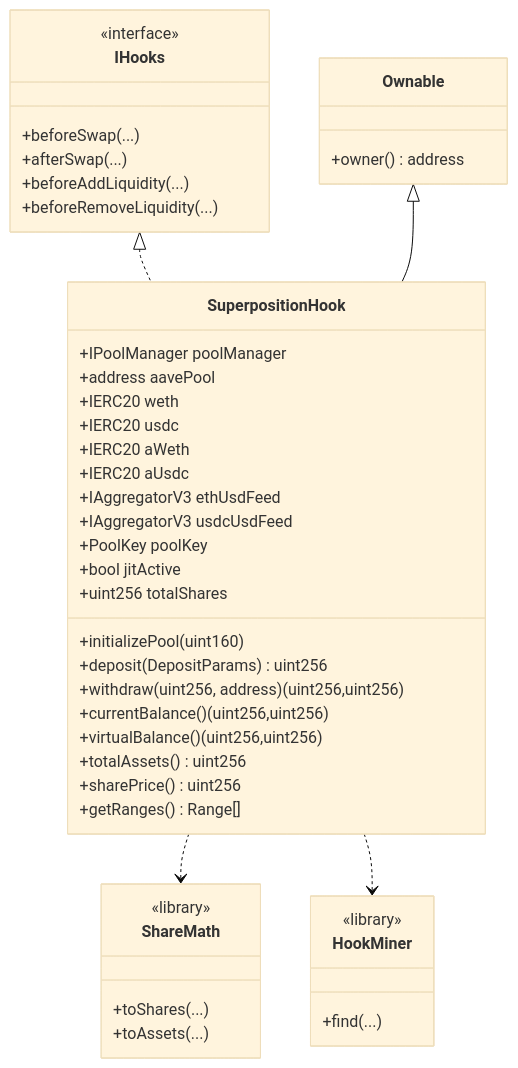
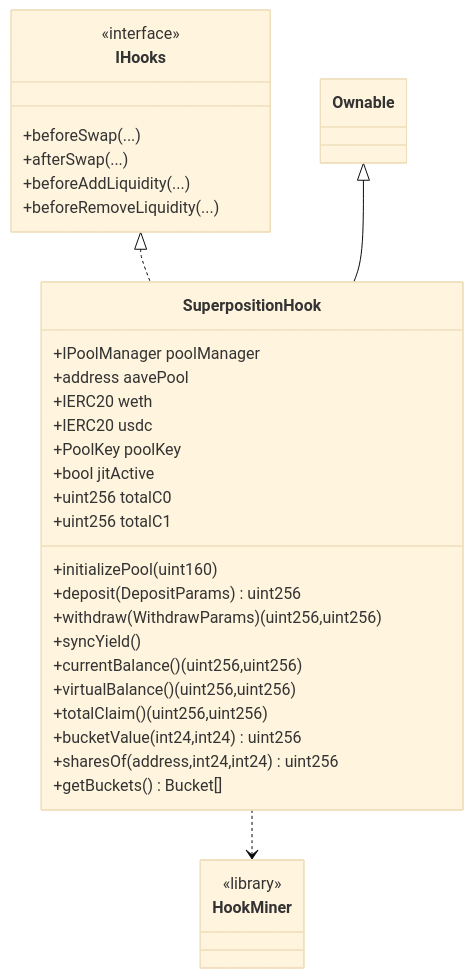
One commit to SolidityDrone/superposition-hook-uni-v4 changed the fourth of 5 diagrams in README.md. Above: the diagram before and after it, drawn with Mermaid (base theme). The commit also changed other lines of this file and 7 other files, not shown here.

First line of the commit message:
refactor!: per-range bucket accounting (one-sided limit orders, no oracle)

````diff
--- a/README.md
+++ b/README.md
@@ -332,47 +294,37 @@
 ```mermaid
 classDiagram
     class IHooks {
         <<interface>>
         +beforeSwap(...)
         +afterSwap(...)
         +beforeAddLiquidity(...)
         +beforeRemoveLiquidity(...)
     }
-    class Ownable {
-        +owner() address
-    }
+    class Ownable
     class SuperpositionHook {
         +IPoolManager poolManager
         +address aavePool
         +IERC20 weth
         +IERC20 usdc
-        +IERC20 aWeth
-        +IERC20 aUsdc
-        +IAggregatorV3 ethUsdFeed
-        +IAggregatorV3 usdcUsdFeed
         +PoolKey poolKey
         +bool jitActive
-        +uint256 totalShares
+        +uint256 totalC0
+        +uint256 totalC1
         +initializePool(uint160)
         +deposit(DepositParams) uint256
-        +withdraw(uint256, address) (uint256,uint256)
+        +withdraw(WithdrawParams) (uint256,uint256)
+        +syncYield()
         +currentBalance() (uint256,uint256)
         +virtualBalance() (uint256,uint256)
-        +totalAssets() uint256
-        +sharePrice() uint256
-        +getRanges() Range[]
-    }
-    class ShareMath {
-        <<library>>
-        +toShares(...)
-        +toAssets(...)
+        +totalClaim() (uint256,uint256)
+        +bucketValue(int24,int24) uint256
+        +sharesOf(address,int24,int24) uint256
+        +getBuckets() Bucket[]
     }
     class HookMiner {
         <<library>>
-        +find(...)
     }
     IHooks <|.. SuperpositionHook
     Ownable <|-- SuperpositionHook
-    SuperpositionHook ..> ShareMath
     SuperpositionHook ..> HookMiner
 ```
````
